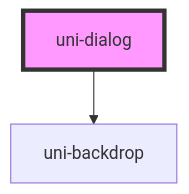
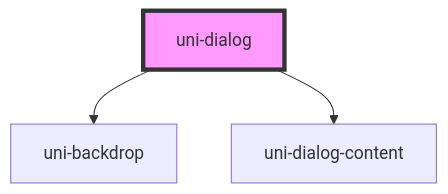
The diagram in core/src/components/uni-dialog/readme.md (unicefnz/unicorn), drawn with Mermaid before and after one commit. The commit also changed other lines of this file and 12 other files, not shown here.

````diff
--- a/core/src/components/uni-dialog/readme.md
+++ b/core/src/components/uni-dialog/readme.md
@@ -56,5 +57,6 @@
 ```mermaid
 graph TD;
   uni-dialog --> uni-backdrop
+  uni-dialog --> uni-dialog-content
   style uni-dialog fill:#f9f,stroke:#333,stroke-width:4px
 ```
````
